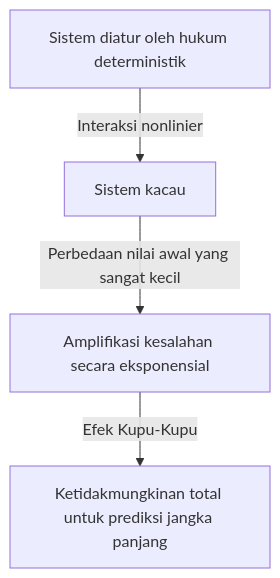
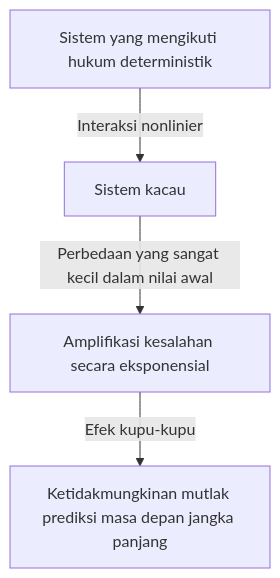
The first of 2 diagrams in content/post/chaos-theory/index.id.md (kenjinote/blog), drawn with Mermaid before and after one commit. The commit also changed other lines of this file and 97 other files, not shown here.

````diff
--- a/content/post/chaos-theory/index.id.md
+++ b/content/post/chaos-theory/index.id.md
@@ -38,6 +38,6 @@
 ```mermaid
 graph TD
-    A["Sistem diatur oleh hukum deterministik"] -->|"Interaksi nonlinier"| B["Sistem kacau"]
-    B -->|"Perbedaan nilai awal yang sangat kecil"| C["Amplifikasi kesalahan secara eksponensial"]
-    C -->|"Efek Kupu-Kupu"| D["Ketidakmungkinan total untuk prediksi jangka panjang"]
+    A["Sistem yang mengikuti hukum deterministik"] -->|"Interaksi nonlinier"| B["Sistem kacau"]
+    B -->|"Perbedaan yang sangat kecil dalam nilai awal"| C["Amplifikasi kesalahan secara eksponensial"]
+    C -->|"Efek kupu-kupu"| D["Ketidakmungkinan mutlak prediksi masa depan jangka panjang"]
 ```
````
